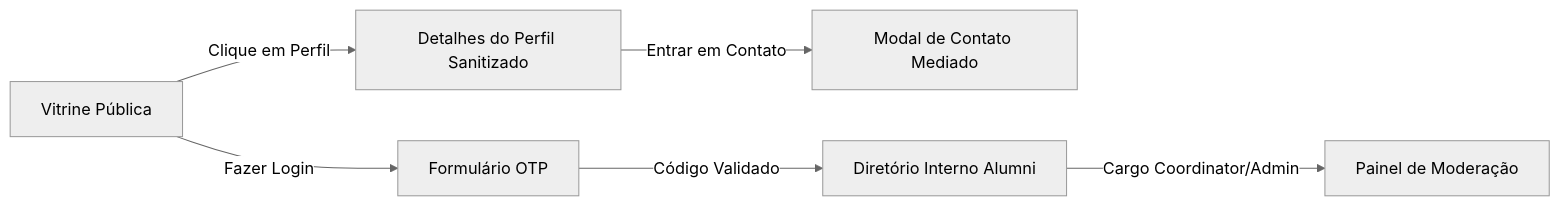
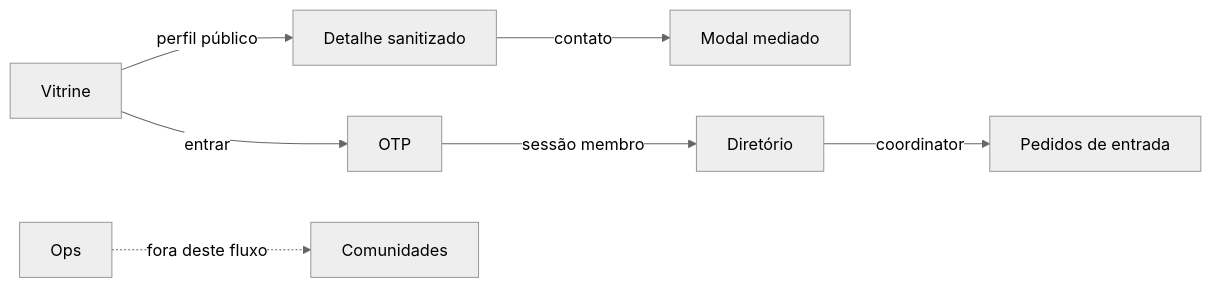
The diagram in docs/09_design_system.md (colabcolibri/comuna), drawn with Mermaid (neutral theme) before and after one commit. The commit also changed other lines of this file and 19 other files, not shown here.

````diff
--- a/docs/09_design_system.md
+++ b/docs/09_design_system.md
@@ -56,8 +67,9 @@
 ```mermaid
 flowchart LR
-    A[Vitrine Pública] -->|Clique em Perfil| B[Detalhes do Perfil Sanitizado]
-    B -->|Entrar em Contato| C[Modal de Contato Mediado]
-    A -->|Fazer Login| D[Formulário OTP]
-    D -->|Código Validado| E[Diretório Interno Alumni]
-    E -->|Cargo Coordinator/Admin| F[Painel de Moderação]
+    A[Vitrine] -->|perfil público| B[Detalhe sanitizado]
+    B -->|contato| C[Modal mediado]
+    A -->|entrar| D[OTP]
+    D -->|sessão membro| E[Diretório]
+    E -->|coordinator| F[Pedidos de entrada]
+    G[Ops] -.->|fora deste fluxo| H[Comunidades]
 ```
````
